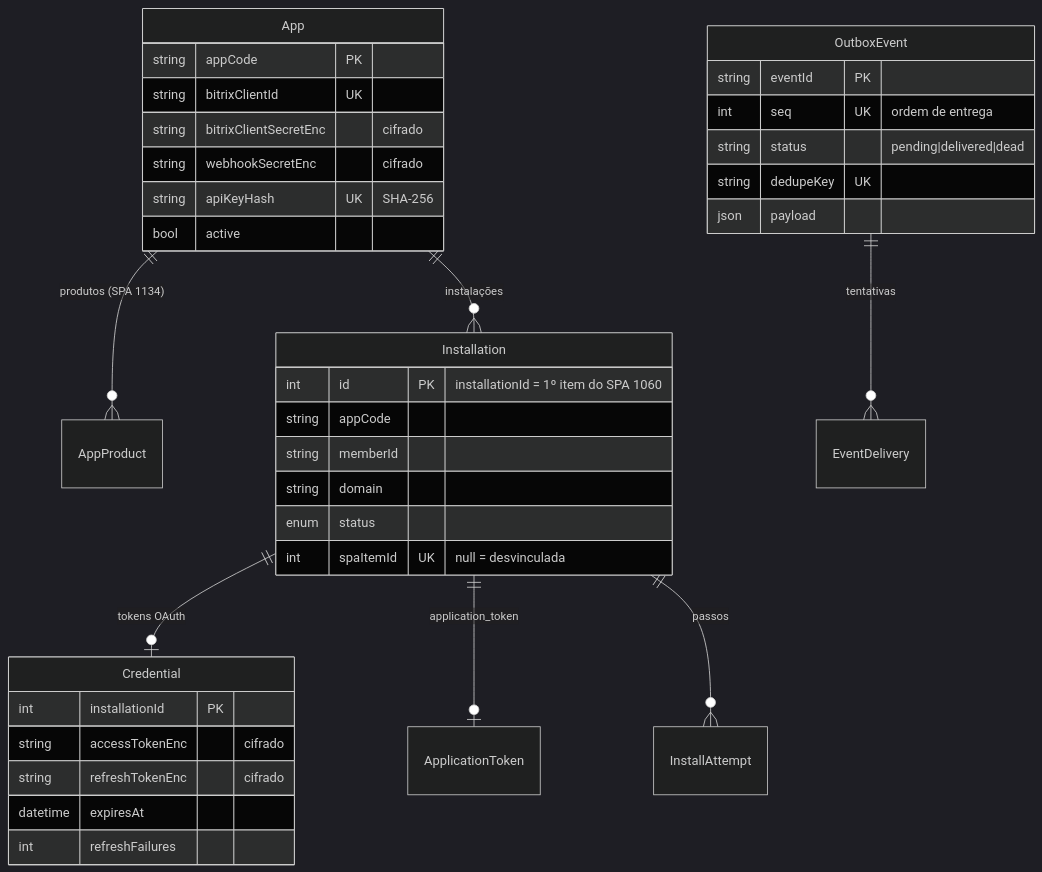
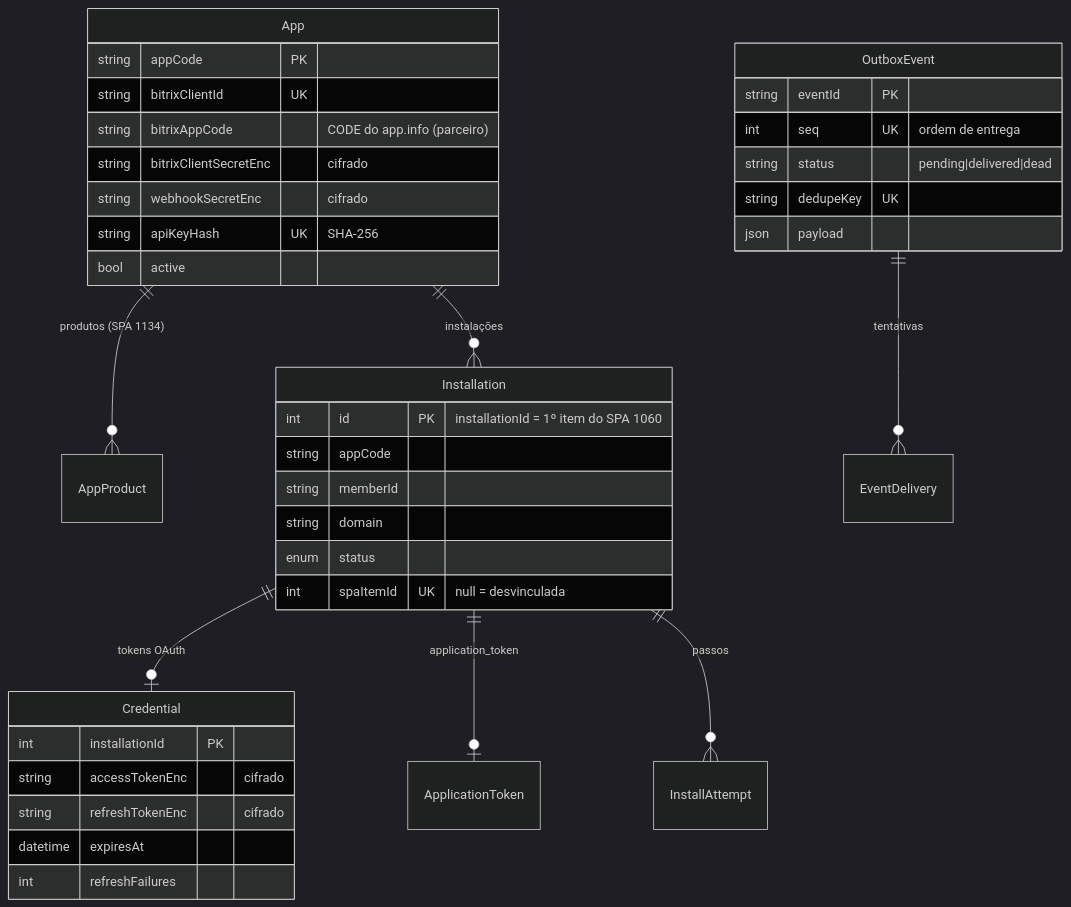
One commit to CRMThink-Sources/crmthink-platform changed the diagram in docs/technical/data-model.md. Above: the diagram before and after it, drawn with Mermaid (dark theme). The commit also changed 15 other files, not shown here.

First line of the commit message:
fix(install): aceitar CODE do app de parceiro no app.info

````diff
--- a/docs/technical/data-model.md
+++ b/docs/technical/data-model.md
@@ -12,40 +12,41 @@
 ```mermaid
 erDiagram
   App ||--o{ AppProduct : "produtos (SPA 1134)"
   App ||--o{ Installation : "instalações"
   Installation ||--o| Credential : "tokens OAuth"
   Installation ||--o| ApplicationToken : "application_token"
   Installation ||--o{ InstallAttempt : "passos"
   OutboxEvent ||--o{ EventDelivery : "tentativas"
 
   App {
     string appCode PK
     string bitrixClientId UK
+    string bitrixAppCode "CODE do app.info (parceiro)"
     string bitrixClientSecretEnc "cifrado"
     string webhookSecretEnc "cifrado"
     string apiKeyHash UK "SHA-256"
     bool active
   }
   Installation {
     int id PK "installationId = 1º item do SPA 1060"
     string appCode
     string memberId
     string domain
     enum status
     int spaItemId UK "null = desvinculada"
   }
   Credential {
     int installationId PK
     string accessTokenEnc "cifrado"
     string refreshTokenEnc "cifrado"
     datetime expiresAt
     int refreshFailures
   }
   OutboxEvent {
     string eventId PK
     int seq UK "ordem de entrega"
     string status "pending|delivered|dead"
     string dedupeKey UK
     json payload
   }
 ```
````
